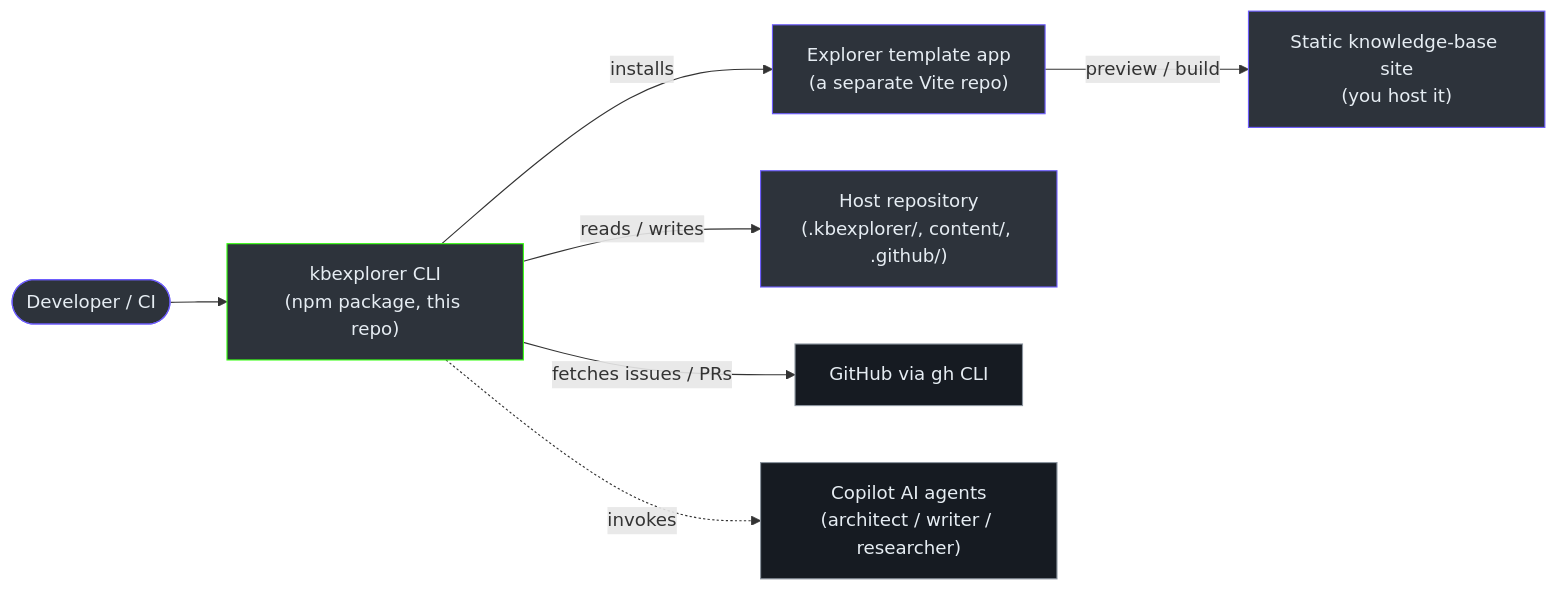
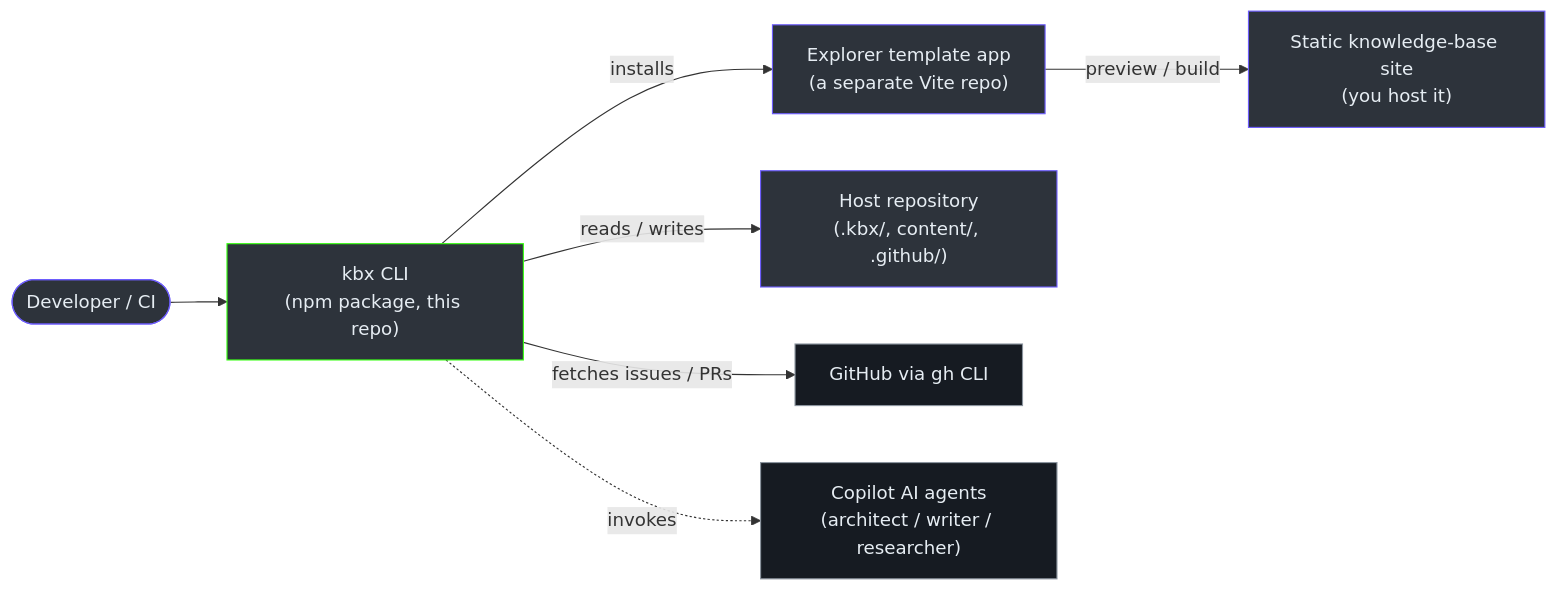
Before and after one commit to anokye-labs/kbexplorer-cli: the first of 4 diagrams in docs/onboarding/platform-guide.md, drawn with Mermaid. The commit also changed other lines of this file and 150 other files, not shown here.

First line of the commit message:
rename: kbexplorer CLI → kbx (#128)

````diff
--- a/docs/onboarding/platform-guide.md
+++ b/docs/onboarding/platform-guide.md
@@ -34,14 +34,14 @@
 ```mermaid
 graph LR
-    dev([Developer / CI]):::actor --> cli["kbexplorer CLI<br>(npm package, this repo)"]:::core
+    dev([Developer / CI]):::actor --> cli["kbx CLI<br>(npm package, this repo)"]:::core
     cli -->|installs| tmpl["Explorer template app<br>(a separate Vite repo)"]:::unit
-    cli -->|reads / writes| repo["Host repository<br>(.kbexplorer/, content/, .github/)"]:::unit
+    cli -->|reads / writes| repo["Host repository<br>(.kbx/, content/, .github/)"]:::unit
     cli -->|fetches issues / PRs| gh["GitHub via gh CLI"]:::ext
     tmpl -->|preview / build| site["Static knowledge-base site<br>(you host it)"]:::unit
     cli -. invokes .-> agents["Copilot AI agents<br>(architect / writer / researcher)"]:::ext
 
     classDef actor fill:#2d333b,stroke:#6d5dfc,color:#e6edf3
     classDef core fill:#2d333b,stroke:#39FF14,color:#e6edf3
     classDef unit fill:#2d333b,stroke:#6d5dfc,color:#e6edf3
     classDef ext fill:#161b22,stroke:#8b949e,color:#e6edf3
 ```
````
